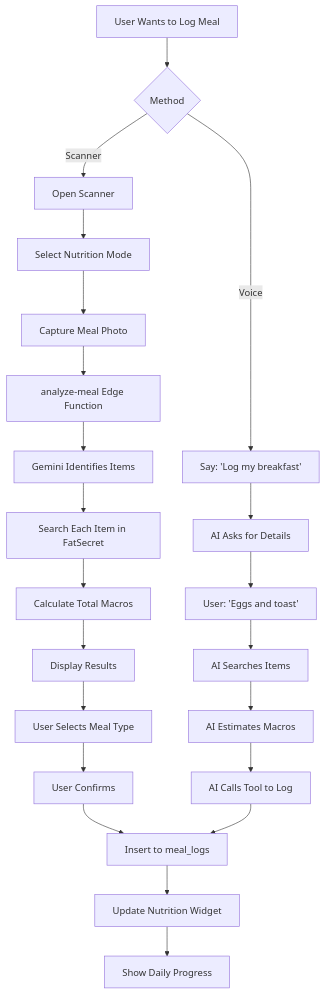
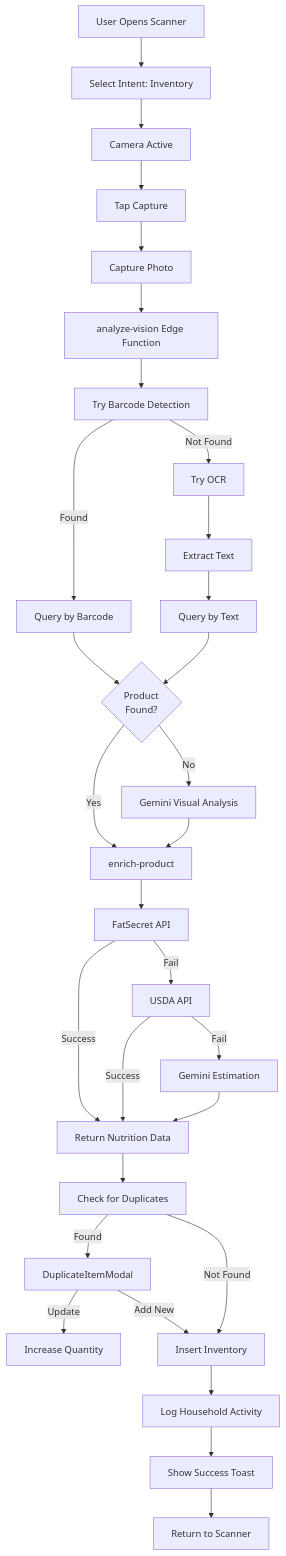
Before and after one commit to Viraj-FG/Techcentral: the ninth of 14 diagrams in MASTER_DOCS.md, drawn with Mermaid. The commit also changed other lines of this file, not shown here.

````diff
--- a/MASTER_DOCS.md
+++ b/MASTER_DOCS.md
@@ -4717,27 +5174,37 @@
 ```mermaid
-graph TD
-    A[User Wants to Log Meal] --> B{Method}
+flowchart TD
+    A[User Opens Scanner] --> B[Select Intent: Inventory]
+    B --> C[Camera Active]
+    C --> D[Tap Capture]
+    D --> E[Capture Photo]
     
-    B -->|Scanner| C[Open Scanner]
-    C --> D[Select Nutrition Mode]
-    D --> E[Capture Meal Photo]
-    E --> F[analyze-meal Edge Function]
-    F --> G[Gemini Identifies Items]
-    G --> H[Search Each Item in FatSecret]
-    H --> I[Calculate Total Macros]
-    I --> J[Display Results]
-    J --> K[User Selects Meal Type]
-    K --> L[User Confirms]
-    L --> M[Insert to meal_logs]
+    E --> F[analyze-vision Edge Function]
+    F --> G[Try Barcode Detection]
+    G -->|Found| H[Query by Barcode]
+    G -->|Not Found| I[Try OCR]
+    I --> J[Extract Text]
+    J --> K[Query by Text]
     
-    B -->|Voice| N["Say: 'Log my breakfast'"]
-    N --> O[AI Asks for Details]
-    O --> P["User: 'Eggs and toast'"]
-    P --> Q[AI Searches Items]
-    Q --> R[AI Estimates Macros]
-    R --> S[AI Calls Tool to Log]
-    S --> M
+    H --> L{Product<br/>Found?}
+    K --> L
+    L -->|Yes| M[enrich-product]
+    L -->|No| N[Gemini Visual Analysis]
+    N --> M
     
-    M --> T[Update Nutrition Widget]
-    T --> U[Show Daily Progress]
+    M --> O[FatSecret API]
+    O -->|Success| P[Return Nutrition Data]
+    O -->|Fail| Q[USDA API]
+    Q -->|Success| P
+    Q -->|Fail| R[Gemini Estimation]
+    R --> P
+    
+    P --> S[Check for Duplicates]
+    S -->|Found| T[DuplicateItemModal]
+    T -->|Update| U[Increase Quantity]
+    T -->|Add New| V[Insert Inventory]
+    S -->|Not Found| V
+    
+    V --> W[Log Household Activity]
+    W --> X[Show Success Toast]
+    X --> Y[Return to Scanner]
 ```
````
